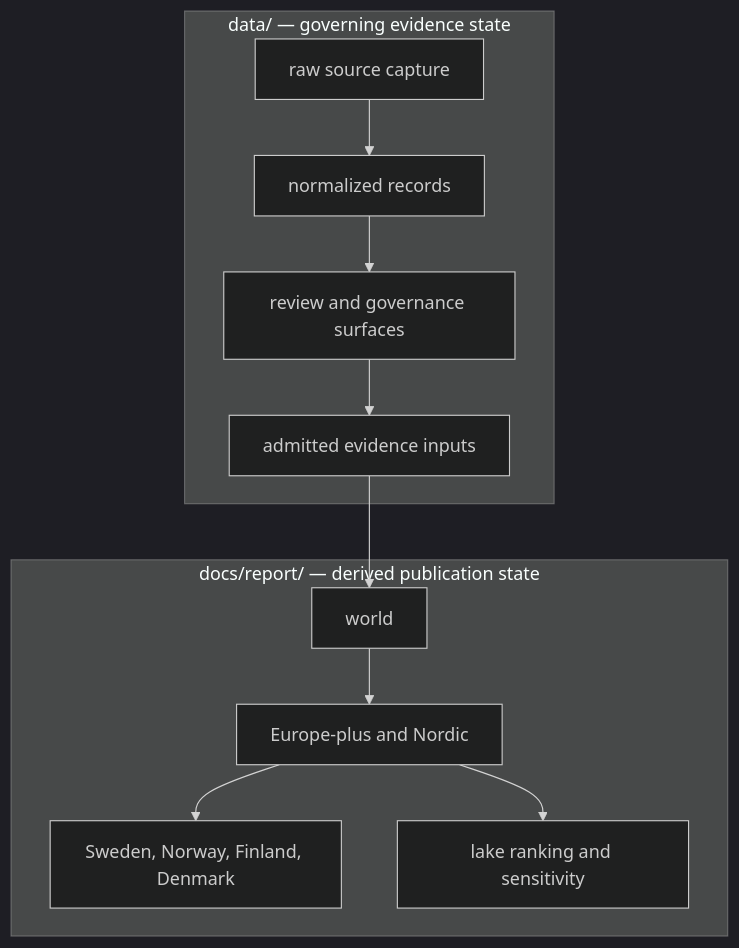
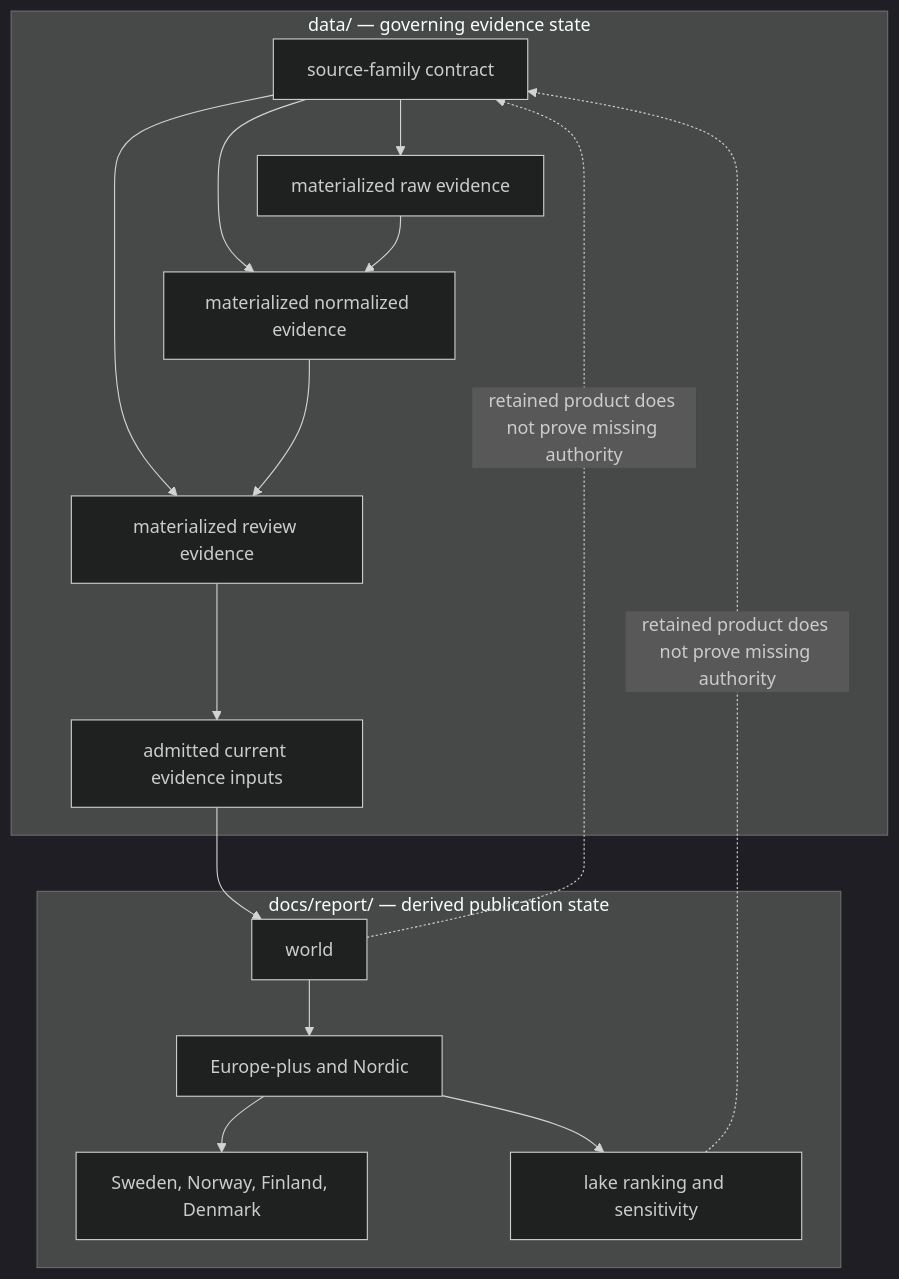
Before and after one commit to bijux/bijux-pollenomics: the first of 3 diagrams in docs/public/pollenomics-data/overview/data-system-overview.md, drawn with Mermaid (dark theme). The commit also changed other lines of this file and 4 other files, not shown here.

Commit message:
fix(evidence): report materialized animal sample coverage

````diff
--- a/docs/public/pollenomics-data/overview/data-system-overview.md
+++ b/docs/public/pollenomics-data/overview/data-system-overview.md
@@ -55,14 +55,19 @@
 ```mermaid
 flowchart TB
     subgraph Data["data/ — governing evidence state"]
-        Raw["raw source capture"] --> Normalized["normalized records"]
-        Normalized --> Review["review and governance surfaces"]
-        Review --> Final["admitted evidence inputs"]
+        Contract["source-family contract"] --> Raw["materialized raw evidence"]
+        Contract --> Normalized["materialized normalized evidence"]
+        Contract --> Review["materialized review evidence"]
+        Raw --> Normalized
+        Normalized --> Review
+        Review --> Final["admitted current evidence inputs"]
     end
     subgraph Reports["docs/report/ — derived publication state"]
         World["world"] --> Region["Europe-plus and Nordic"]
         Region --> Country["Sweden, Norway, Finland, Denmark"]
         Region --> Lake["lake ranking and sensitivity"]
     end
     Final --> World
+    World -. "retained product does not prove missing authority" .-> Contract
+    Lake -. "retained product does not prove missing authority" .-> Contract
 ```
````
